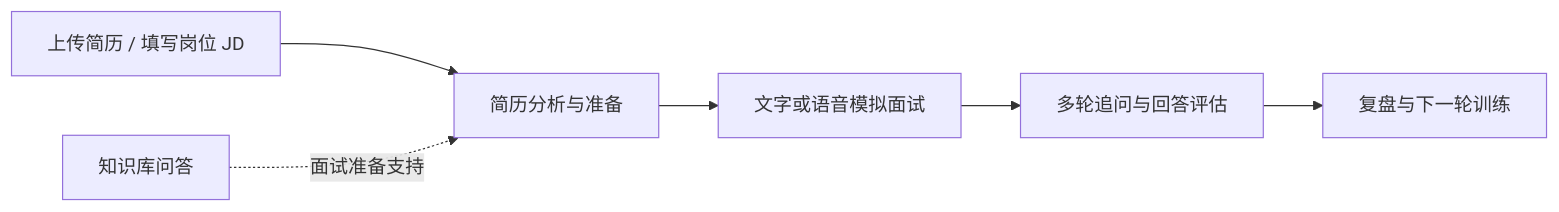
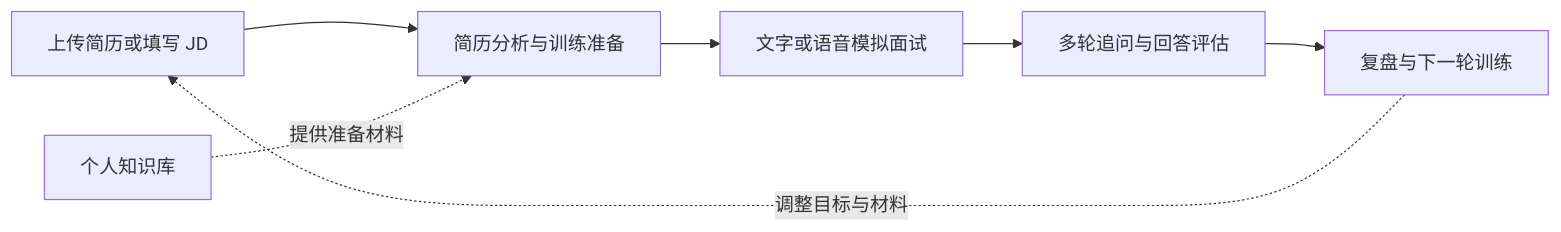
One commit to kuangyngtao/rehevo changed the first of 2 diagrams in README.md. Above: the diagram before and after it, drawn with Mermaid. The commit also changed other lines of this file, not shown here.

````diff
--- a/README.md
+++ b/README.md
@@ -10,8 +30,9 @@
 ```mermaid
 flowchart LR
-  A[上传简历 / 填写岗位 JD] --> B[简历分析与准备]
+  A[上传简历或填写 JD] --> B[简历分析与训练准备]
   B --> C[文字或语音模拟面试]
   C --> D[多轮追问与回答评估]
   D --> E[复盘与下一轮训练]
-  F[知识库问答] -. 面试准备支持 .-> B
+  F[个人知识库] -. 提供准备材料 .-> B
+  E -. 调整目标与材料 .-> A
 ```
````
